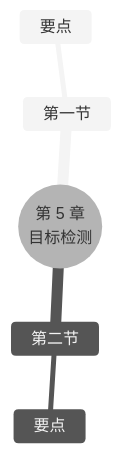
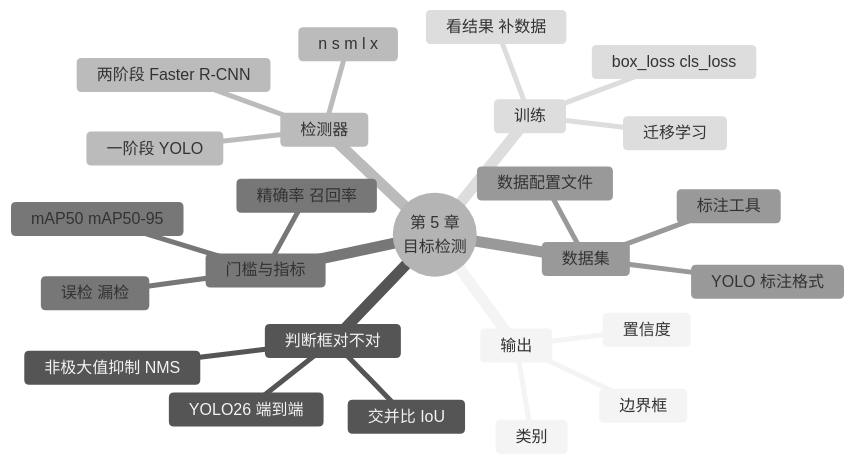
Before and after one commit to MingziFu9/cv-textbook: the diagram in docs/chapters/05-detection/index.md, drawn with Mermaid (neutral theme). The commit also changed other lines of this file and 64 other files, not shown here.

First line of the commit message:
第 5 章目标检测、第 6 章图像分割：正文、实验、动画、术语

````diff
--- a/docs/chapters/05-detection/index.md
+++ b/docs/chapters/05-detection/index.md
@@ -227,8 +754,28 @@
 ```mermaid
 mindmap
   root((第 5 章<br/>目标检测))
-    第一节
-      要点
-    第二节
-      要点
+    输出
+      边界框
+      类别
+      置信度
+    判断框对不对
+      交并比 IoU
+      非极大值抑制 NMS
+      YOLO26 端到端
+    检测器
+      两阶段 Faster R-CNN
+      一阶段 YOLO
+      n s m l x
+    门槛与指标
+      误检 漏检
+      精确率 召回率
+      mAP50 mAP50-95
+    数据集
+      YOLO 标注格式
+      数据配置文件
+      标注工具
+    训练
+      迁移学习
+      box_loss cls_loss
+      看结果 补数据
 ```
````
